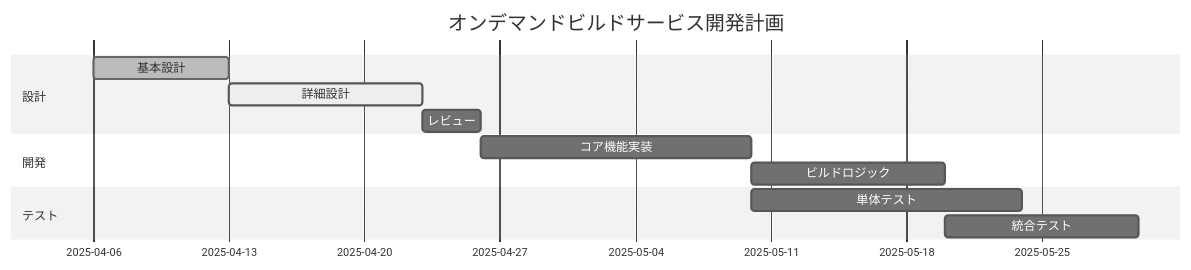
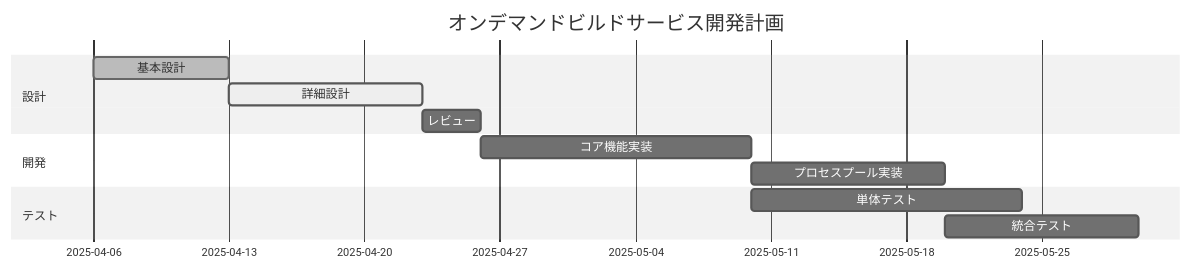
One commit to shiftplus-corp-homan-keisuke/artifact changed the ninth of 9 diagrams in 詳細設計書.md. Above: the diagram before and after it, drawn with Mermaid (neutral theme). The commit also changed other lines of this file and 3 other files, not shown here.

````diff
--- a/詳細設計書.md
+++ b/詳細設計書.md
@@ -441,15 +471,15 @@
 ```mermaid
 gantt
     title オンデマンドビルドサービス開発計画
     dateFormat YYYY-MM-DD
     section 設計
     基本設計      :done, des1, 2025-04-06, 7d
     詳細設計      :active, des2, after des1, 10d
     レビュー      :des3, after des2, 3d
     section 開発
     コア機能実装   :dev1, after des3, 14d
-    ビルドロジック :dev2, after dev1, 10d
+    プロセスプール実装 :dev2, after dev1, 10d
     section テスト
     単体テスト    :test1, after dev1, 14d
     統合テスト    :test2, after dev2, 10d
 ```
````
